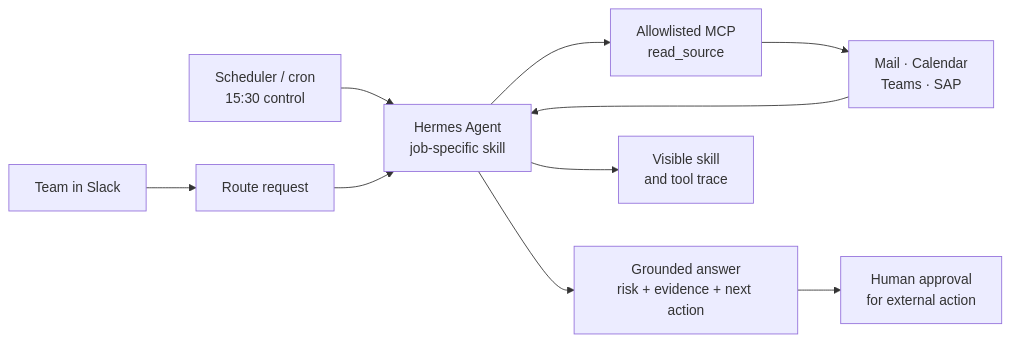
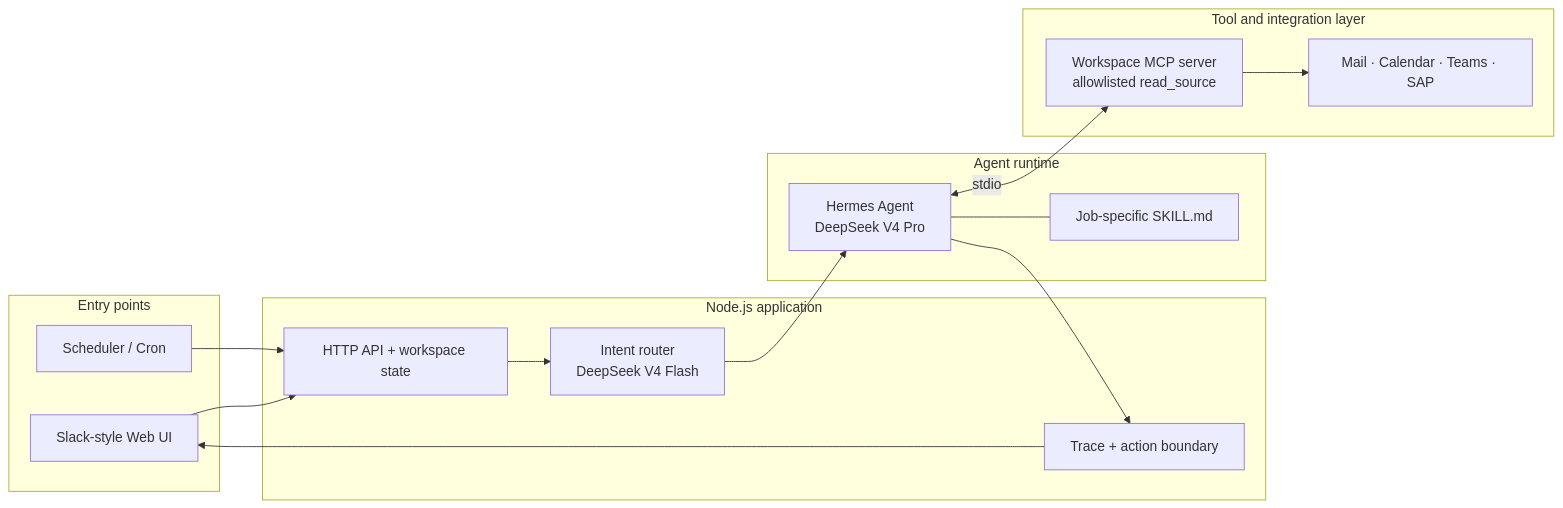
One commit to manoranjith-shankar/project-x changed the diagram in prototype/SOLUTION-ONE-PAGER.md. Above: the diagram before and after it, drawn with Mermaid. The commit also changed other lines of this file and 12 other files, not shown here.

````diff
--- a/prototype/SOLUTION-ONE-PAGER.md
+++ b/prototype/SOLUTION-ONE-PAGER.md
@@ -32,12 +16,29 @@
 ```mermaid
 flowchart LR
-  U["Team in Slack"] --> R["Route request"]
-  C["Scheduler / cron<br/>15:30 control"] --> H
-  R --> H["Hermes Agent<br/>job-specific skill"]
-  H --> M["Allowlisted MCP<br/>read_source"]
-  M --> S["Mail · Calendar<br/>Teams · SAP"]
-  S --> H
-  H --> E["Grounded answer<br/>risk + evidence + next action"]
-  E --> A["Human approval<br/>for external action"]
-  H --> T["Visible skill<br/>and tool trace"]
+  subgraph Entry["Entry points"]
+    UI["Slack-style Web UI"]
+    CRON["Scheduler / Cron"]
+  end
+  UI --> API
+  CRON --> API
+  subgraph APP["Node.js application"]
+    API["HTTP API + workspace state"]
+    ROUTER["Intent router<br/>DeepSeek V4 Flash"]
+    TRACE["Trace + action boundary"]
+    API --> ROUTER
+  end
+  ROUTER --> AGENT
+  subgraph AI["Agent runtime"]
+    AGENT["Hermes Agent<br/>DeepSeek V4 Pro"]
+    SKILL["Job-specific SKILL.md"]
+    AGENT --- SKILL
+  end
+  AGENT <-->|stdio| MCP
+  subgraph TOOLS["Tool and integration layer"]
+    MCP["Workspace MCP server<br/>allowlisted read_source"]
+    SRC["Mail · Calendar · Teams · SAP"]
+    MCP --> SRC
+  end
+  AGENT --> TRACE
+  TRACE --> UI
 ```
````
